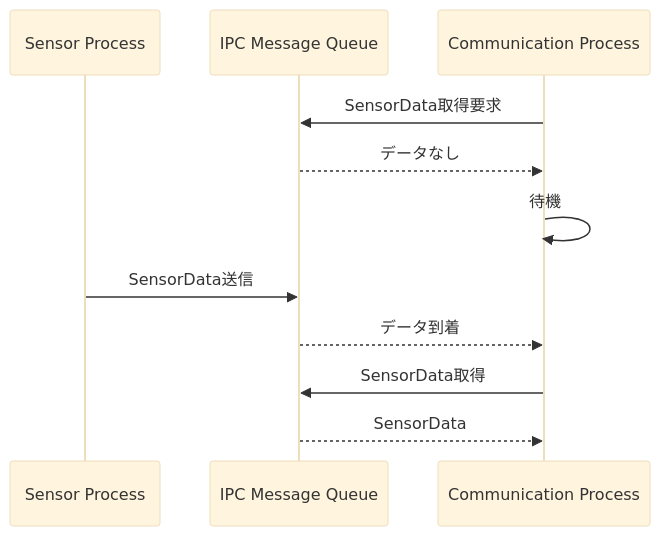
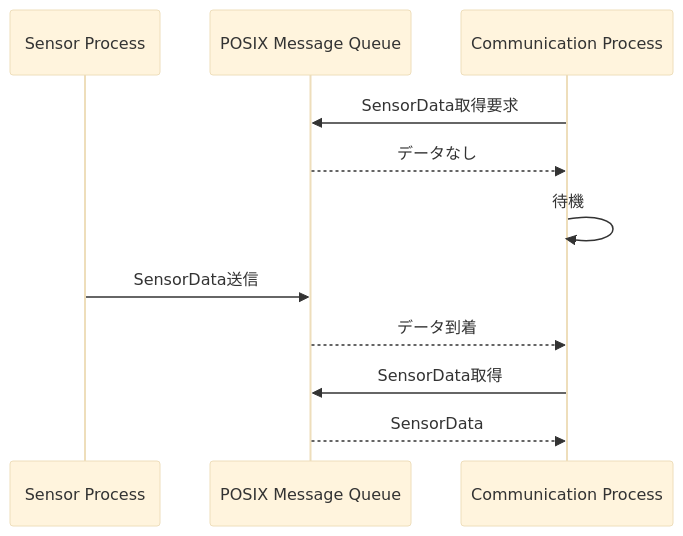
Before and after one commit to yujimasuda77777/Raspberry_Pi_4B_Edge_IoT_System: the fifth of 15 diagrams in docs/04_data_ipc_communication.md, drawn with Mermaid (base theme). The commit also changed other lines of this file and 1 other file, not shown here.

````diff
--- a/docs/04_data_ipc_communication.md
+++ b/docs/04_data_ipc_communication.md
@@ -311,15 +316,15 @@
 ```mermaid
 sequenceDiagram
     participant SP as Sensor Process
-    participant IPC as IPC Message Queue
+    participant IPC as POSIX Message Queue
     participant CP as Communication Process
 
     CP->>IPC: SensorData取得要求
     IPC-->>CP: データなし
     CP->>CP: 待機
 
     SP->>IPC: SensorData送信
     IPC-->>CP: データ到着
     CP->>IPC: SensorData取得
     IPC-->>CP: SensorData
 ```
````
